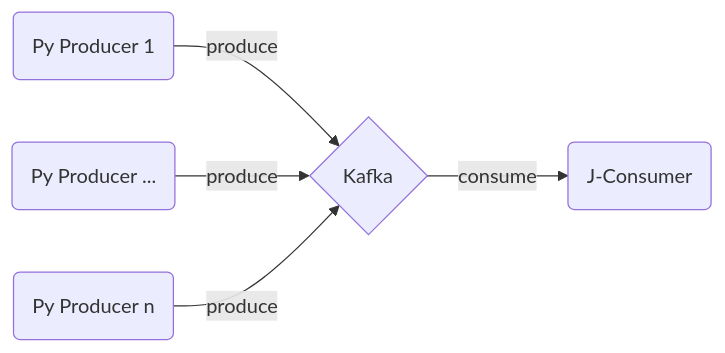
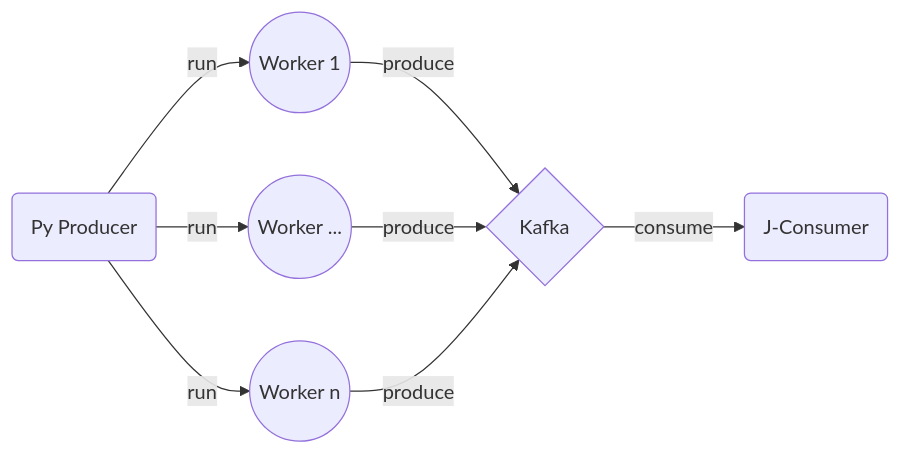
The diagram in README.md (schleydaniel/dataopsbox), drawn with Mermaid before and after one commit. The commit also changed other lines of this file, not shown here.

Commit message:
Initial working version diagram

````diff
--- a/README.md
+++ b/README.md
@@ -12,7 +12,10 @@
 ```mermaid
 graph LR;
-    A(Py Producer 1) -- produce --> D{Kafka};
-    B(Py Producer ...) -- produce --> D{Kafka};
-    C(Py Producer n) -- produce --> D{Kafka};
-    D{Kafka} -- consume --> E(J-Consumer);
+    A(Py Producer) -- run --> B((Worker 1));
+    A(Py Producer) -- run --> C((Worker ...));
+    A(Py Producer) -- run --> D((Worker n));
+    B((Worker 1)) -- produce --> E{Kafka};
+    C((Worker ...)) -- produce --> E{Kafka};
+    D((Worker n)) -- produce --> E{Kafka};
+    E{Kafka} -- consume --> F(J-Consumer);
 ```
````
